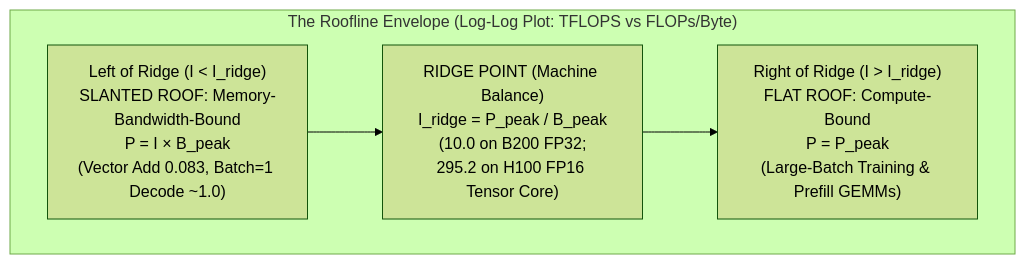
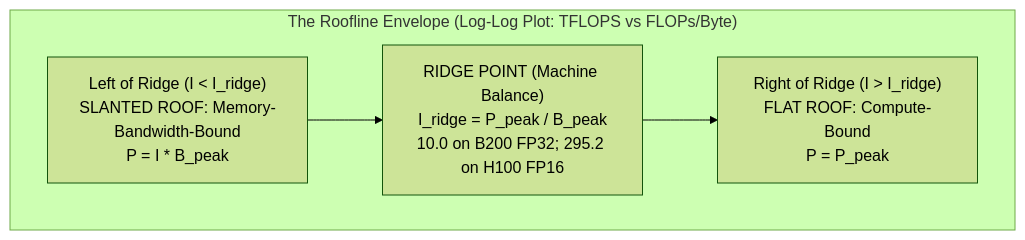
The first of 3 diagrams in docs/part-10-gpu-cuda/05-the-roofline-model-and-performance-modelling.md (jithinpnjm/ai-infra-handbook), drawn with Mermaid (forest theme) before and after one commit. The commit also changed other lines of this file and 503 other files, not shown here.

````diff
--- a/docs/part-10-gpu-cuda/05-the-roofline-model-and-performance-modelling.md
+++ b/docs/part-10-gpu-cuda/05-the-roofline-model-and-performance-modelling.md
@@ -73,8 +68,8 @@
 ```mermaid
 flowchart LR
     subgraph Roofline["The Roofline Envelope (Log-Log Plot: TFLOPS vs FLOPs/Byte)"]
         direction LR
-        Left["Left of Ridge (I < I_ridge)<br/>SLANTED ROOF: Memory-Bandwidth-Bound<br/>P = I × B_peak<br/>(Vector Add 0.083, Batch=1 Decode ~1.0)"] --> Ridge["RIDGE POINT (Machine Balance)<br/>I_ridge = P_peak / B_peak<br/>(10.0 on B200 FP32;<br/>295.2 on H100 FP16 Tensor Core)"]
-        Ridge --> Right["Right of Ridge (I > I_ridge)<br/>FLAT ROOF: Compute-Bound<br/>P = P_peak<br/>(Large-Batch Training & Prefill GEMMs)"]
+        Left["Left of Ridge (I < I_ridge)<br/>SLANTED ROOF: Memory-Bandwidth-Bound<br/>P = I * B_peak"] --> Ridge["RIDGE POINT (Machine Balance)<br/>I_ridge = P_peak / B_peak<br/>10.0 on B200 FP32; 295.2 on H100 FP16"]
+        Ridge --> Right["Right of Ridge (I > I_ridge)<br/>FLAT ROOF: Compute-Bound<br/>P = P_peak"]
     end
 ```
````
